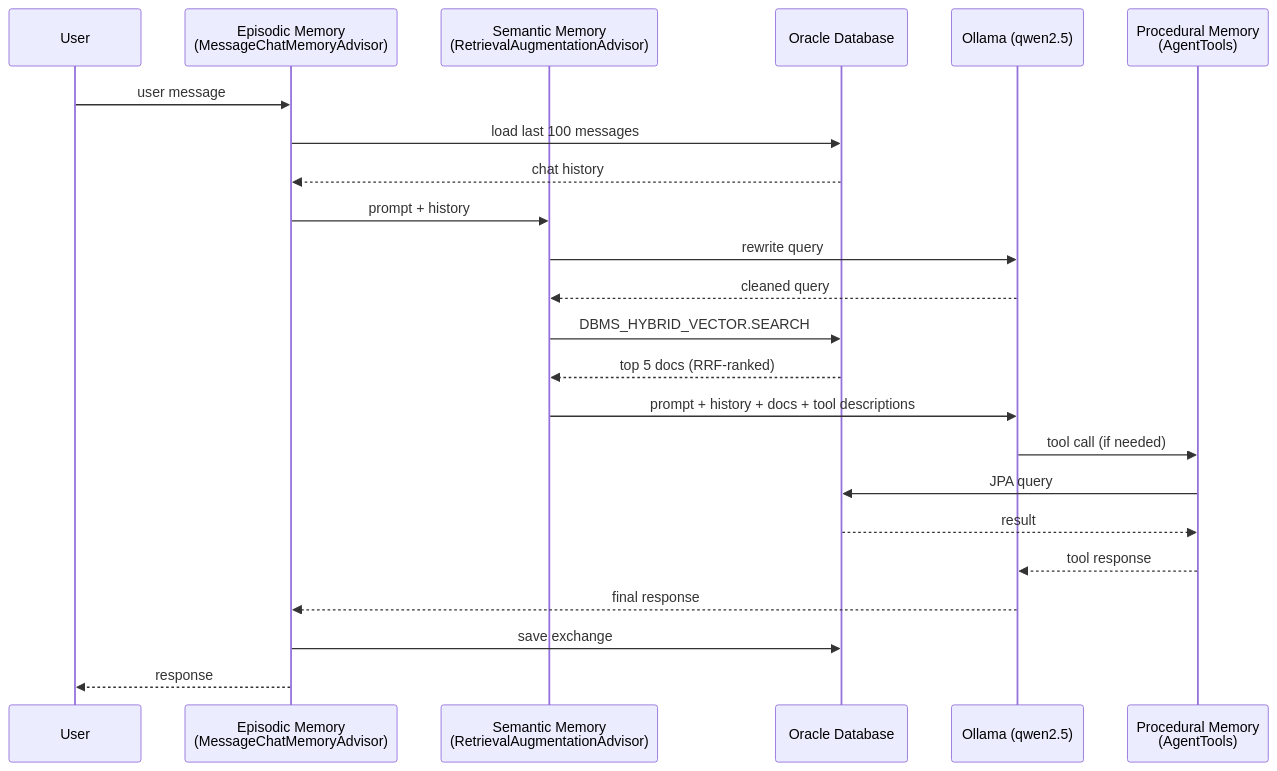
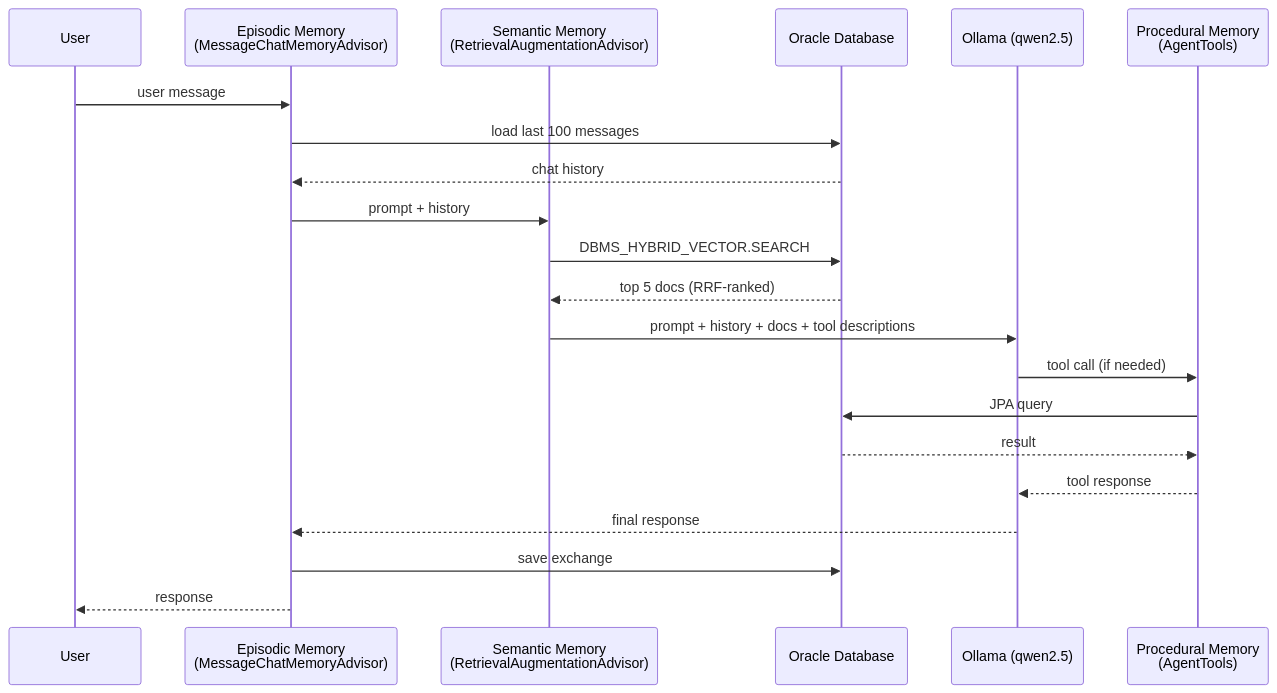
Before and after one commit to vmleon/oracle-database-java-agent-memory: the third of 3 diagrams in docs/articles/ai-agent-memory-spring-ai-oracle.md, drawn with Mermaid. The commit also changed other lines of this file and 4 other files, not shown here.

````diff
--- a/docs/articles/ai-agent-memory-spring-ai-oracle.md
+++ b/docs/articles/ai-agent-memory-spring-ai-oracle.md
@@ -214,26 +234,24 @@
 ```mermaid
 sequenceDiagram
     participant User
     participant Episodic as Episodic Memory<br/>(MessageChatMemoryAdvisor)
     participant Semantic as Semantic Memory<br/>(RetrievalAugmentationAdvisor)
     participant DB as Oracle Database
     participant LLM as Ollama (qwen2.5)
     participant Tools as Procedural Memory<br/>(AgentTools)
 
     User->>Episodic: user message
     Episodic->>DB: load last 100 messages
     DB-->>Episodic: chat history
     Episodic->>Semantic: prompt + history
-    Semantic->>LLM: rewrite query
-    LLM-->>Semantic: cleaned query
     Semantic->>DB: DBMS_HYBRID_VECTOR.SEARCH
     DB-->>Semantic: top 5 docs (RRF-ranked)
     Semantic->>LLM: prompt + history + docs + tool descriptions
     LLM->>Tools: tool call (if needed)
     Tools->>DB: JPA query
     DB-->>Tools: result
     Tools-->>LLM: tool response
     LLM-->>Episodic: final response
     Episodic->>DB: save exchange
     Episodic-->>User: response
 ```
````
